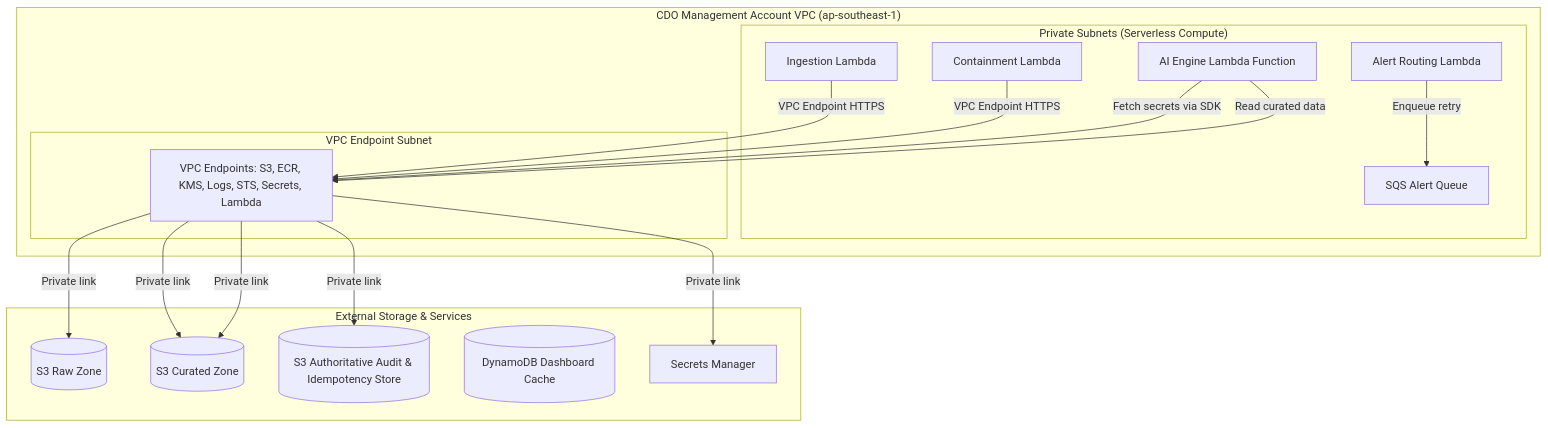
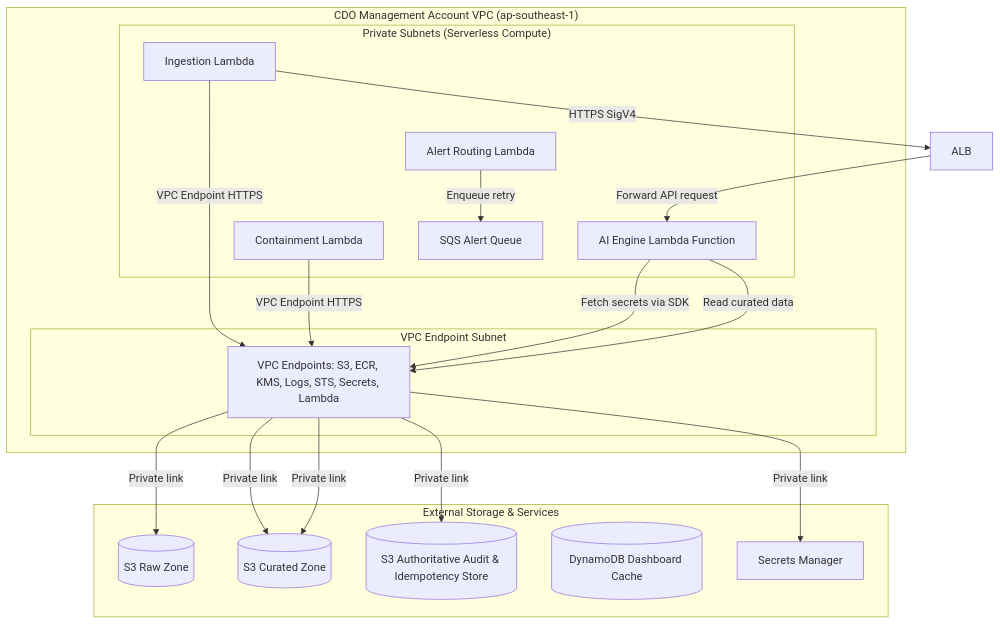
Before and after one commit to hungxqt/tf2-finops-docs: the diagram in docs/tf2-finops/03_security_design.md, drawn with Mermaid. The commit also changed other lines of this file and 26 other files, not shown here.

````diff
--- a/docs/tf2-finops/03_security_design.md
+++ b/docs/tf2-finops/03_security_design.md
@@ -15,38 +15,40 @@
 ```mermaid
 graph TD
     subgraph "CDO Management Account VPC (ap-southeast-1)"
         subgraph "Private Subnets (Serverless Compute)"
             AILambda[AI Engine Lambda Function]
             L_Pull[Ingestion Lambda]
             L_Cont[Containment Lambda]
             L_Alert[Alert Routing Lambda]
             SQSQueue[SQS Alert Queue]
         end
 
         subgraph "VPC Endpoint Subnet"
             VPCE[VPC Endpoints: S3, ECR, KMS, Logs, STS, Secrets, Lambda]
         end
     end
 
     subgraph "External Storage & Services"
         S3Raw[(S3 Raw Zone)]
         S3Cur[(S3 Curated Zone)]
         S3Audit[(S3 Authoritative Audit & Idempotency Store)]
         DDB[(DynamoDB Dashboard Cache)]
         SM[Secrets Manager]
     end
 
     %% Network flows
     L_Pull -->|VPC Endpoint HTTPS| VPCE
     VPCE -->|Private link| S3Raw
     VPCE -->|Private link| S3Cur
+    L_Pull -->|HTTPS SigV4| ALB
+    ALB -->|Forward API request| AILambda
     L_Cont -->|VPC Endpoint HTTPS| VPCE
     VPCE -->|Private link| S3Audit
     L_Alert -->|Enqueue retry| SQSQueue
     
     %% Serverless traffic
     AILambda -->|Fetch secrets via SDK| VPCE
     VPCE -->|Private link| SM
     AILambda -->|Read curated data| VPCE
     VPCE -->|Private link| S3Cur
 ```
````
